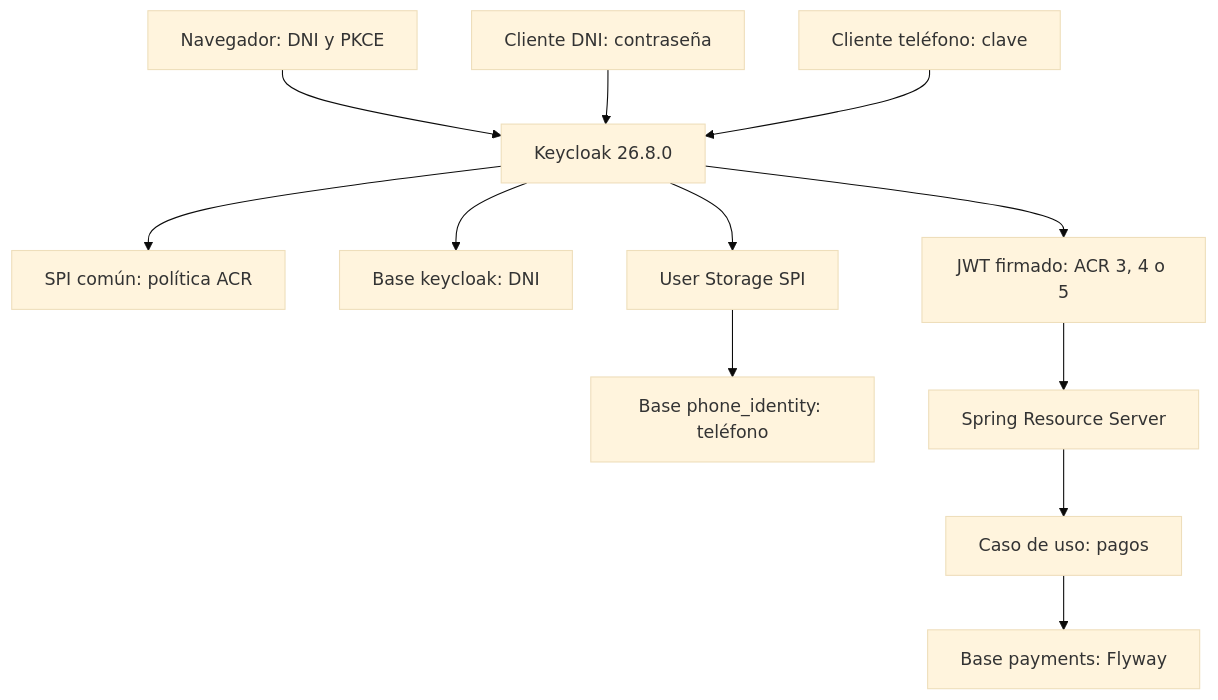
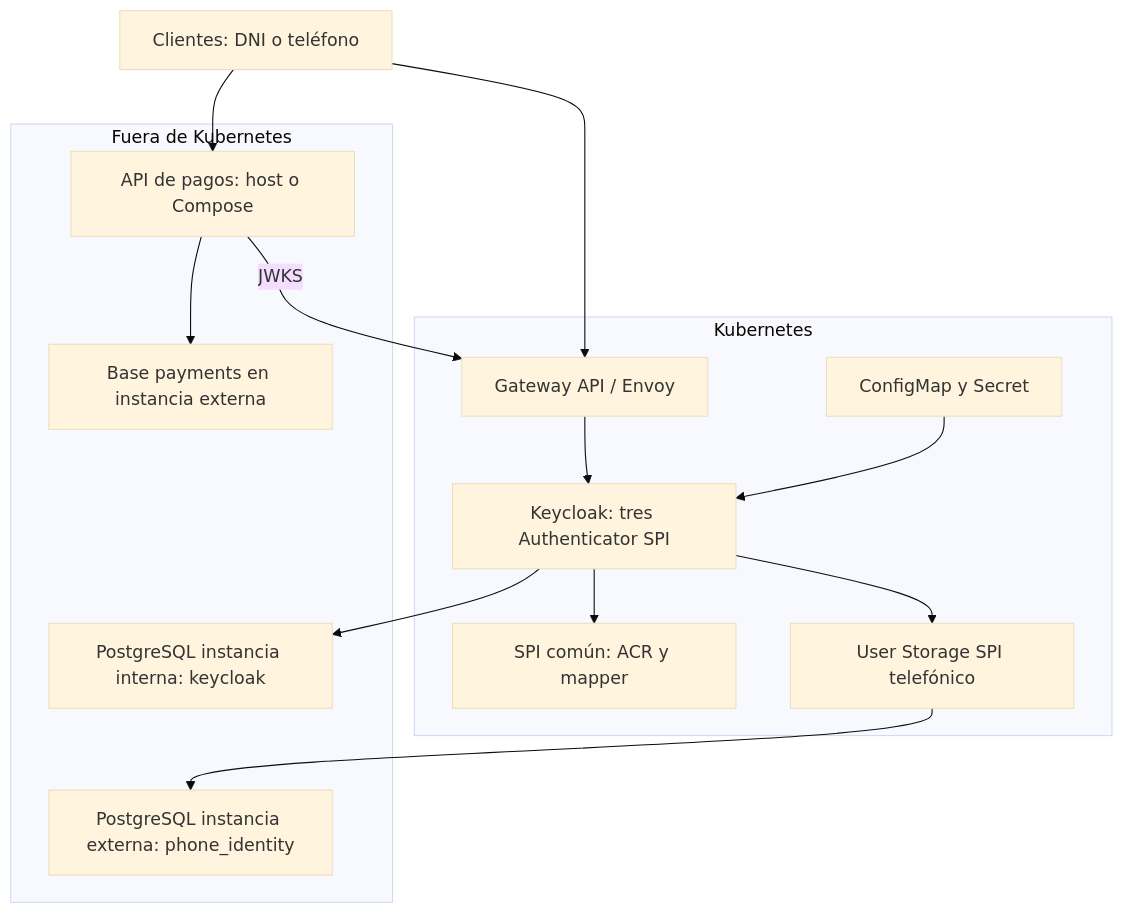
The diagram in README.md (edgarrth/java-keycloak-chart), drawn with Mermaid (base theme) before and after one commit. The commit also changed other lines of this file and 75 other files, not shown here.

````diff
--- a/README.md
+++ b/README.md
@@ -50,14 +52,17 @@
 ```mermaid
 flowchart TB
-    B["Navegador: DNI y PKCE"] --> K["Keycloak 26.8.0"]
-    D["Cliente DNI: contraseña"] --> K
-    T["Cliente teléfono: clave"] --> K
-    K --> C["SPI común: política ACR"]
-    K --> I["Base keycloak: DNI"]
-    K --> F["User Storage SPI"]
-    F --> E["Base phone_identity: teléfono"]
-    K --> J["JWT firmado: ACR 3, 4 o 5"]
-    J --> A["Spring Resource Server"]
-    A --> H["Caso de uso: pagos"]
-    H --> P["Base payments: Flyway"]
+    B["Clientes: DNI o teléfono"] --> G
+    subgraph K8S["Kubernetes"]
+      G["Gateway API / Envoy"] --> K["Keycloak: tres Authenticator SPI"]
+      K --> C["SPI común: ACR y mapper"]
+      K --> F["User Storage SPI telefónico"]
+      S["ConfigMap y Secret"] --> K
+    end
+    subgraph EXT["Fuera de Kubernetes"]
+      K --> I["PostgreSQL instancia interna: keycloak"]
+      F --> E["PostgreSQL instancia externa: phone_identity"]
+      P["API de pagos: host o Compose"] --> D["Base payments en instancia externa"]
+    end
+    B --> P
+    P -->|"JWKS"| G
 ```
````
